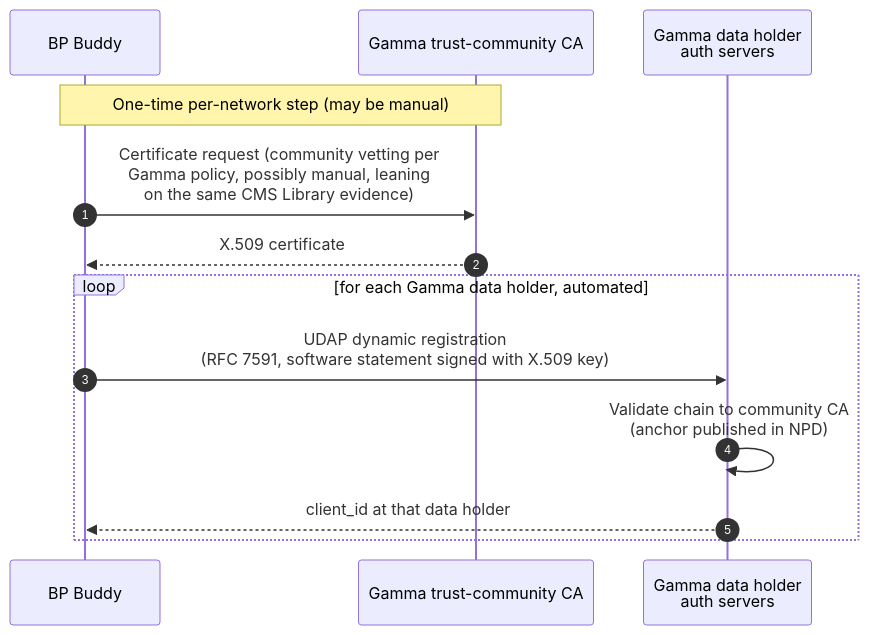
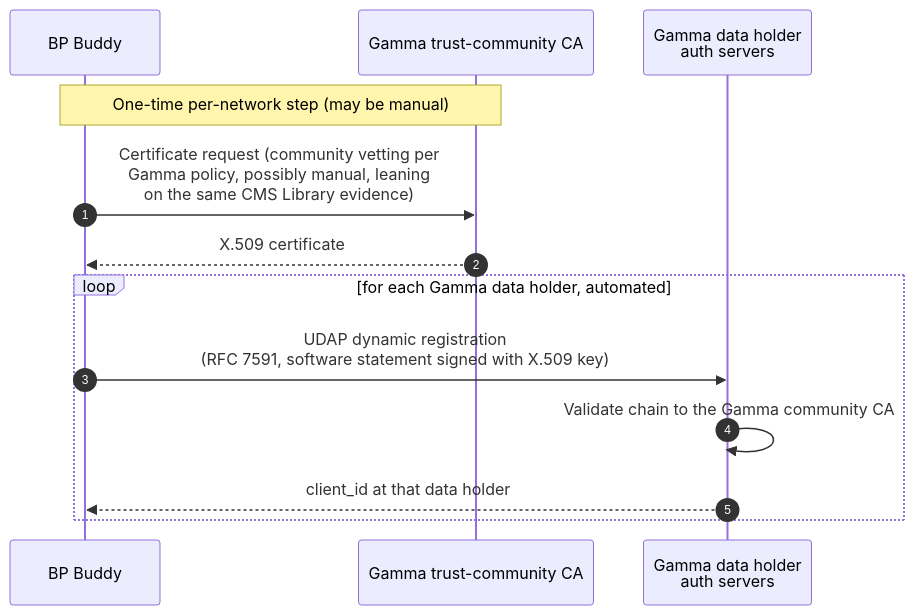
Before and after one commit to jmandel/cms-ns: the fifth of 9 diagrams in app-connectivity-flows.md, drawn with Mermaid. The commit also changed other lines of this file and 14 other files, not shown here.

````diff
--- a/app-connectivity-flows.md
+++ b/app-connectivity-flows.md
@@ -146,16 +150,16 @@
 ```mermaid
 sequenceDiagram
     autonumber
     participant App as BP Buddy
     participant CA as Gamma trust-community CA
     participant DH as Gamma data holder<br/>auth servers
 
     Note over App,CA: One-time per-network step (may be manual)
     App->>CA: Certificate request (community vetting per<br/>Gamma policy, possibly manual, leaning<br/>on the same CMS Library evidence)
     CA-->>App: X.509 certificate
     loop for each Gamma data holder, automated
         App->>DH: UDAP dynamic registration<br/>(RFC 7591, software statement signed with X.509 key)
-        DH->>DH: Validate chain to community CA<br/>(anchor published in NPD)
+        DH->>DH: Validate chain to the Gamma community CA
         DH-->>App: client_id at that data holder
     end
 ```
````
